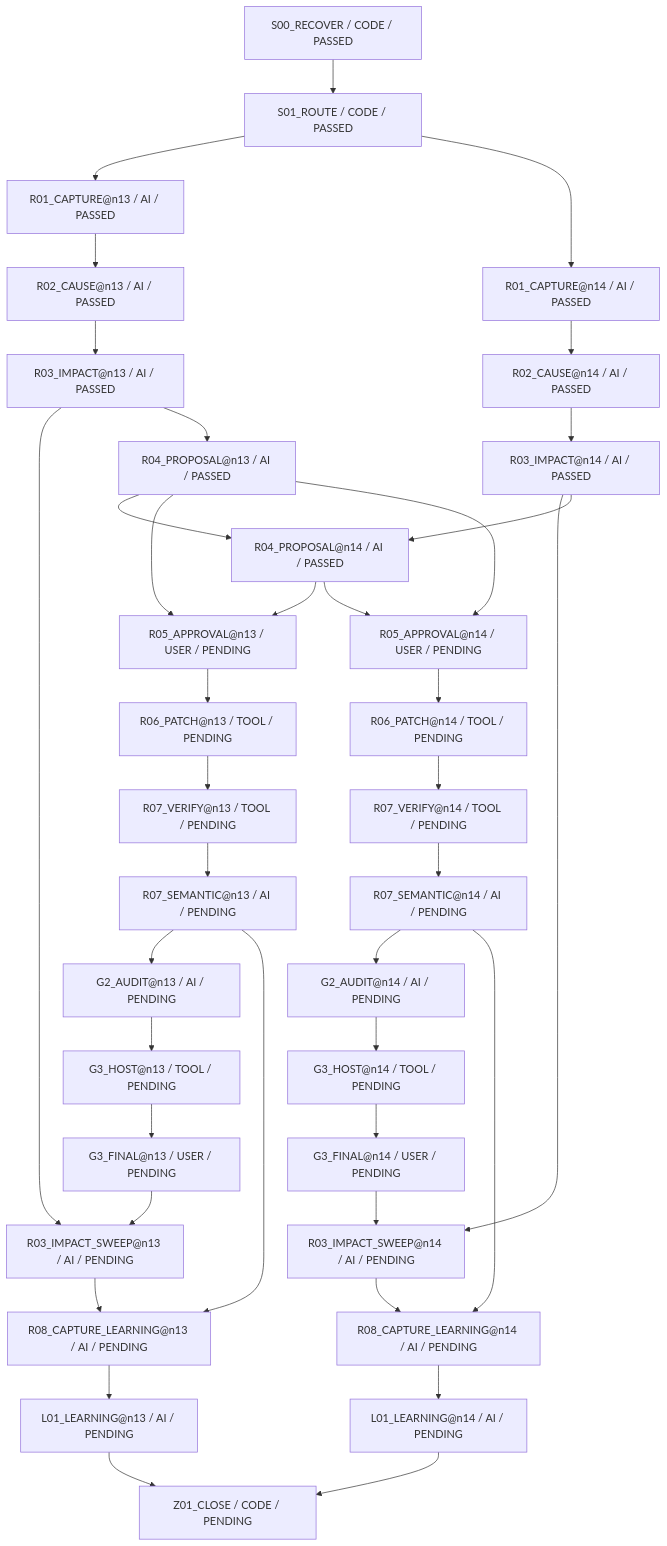
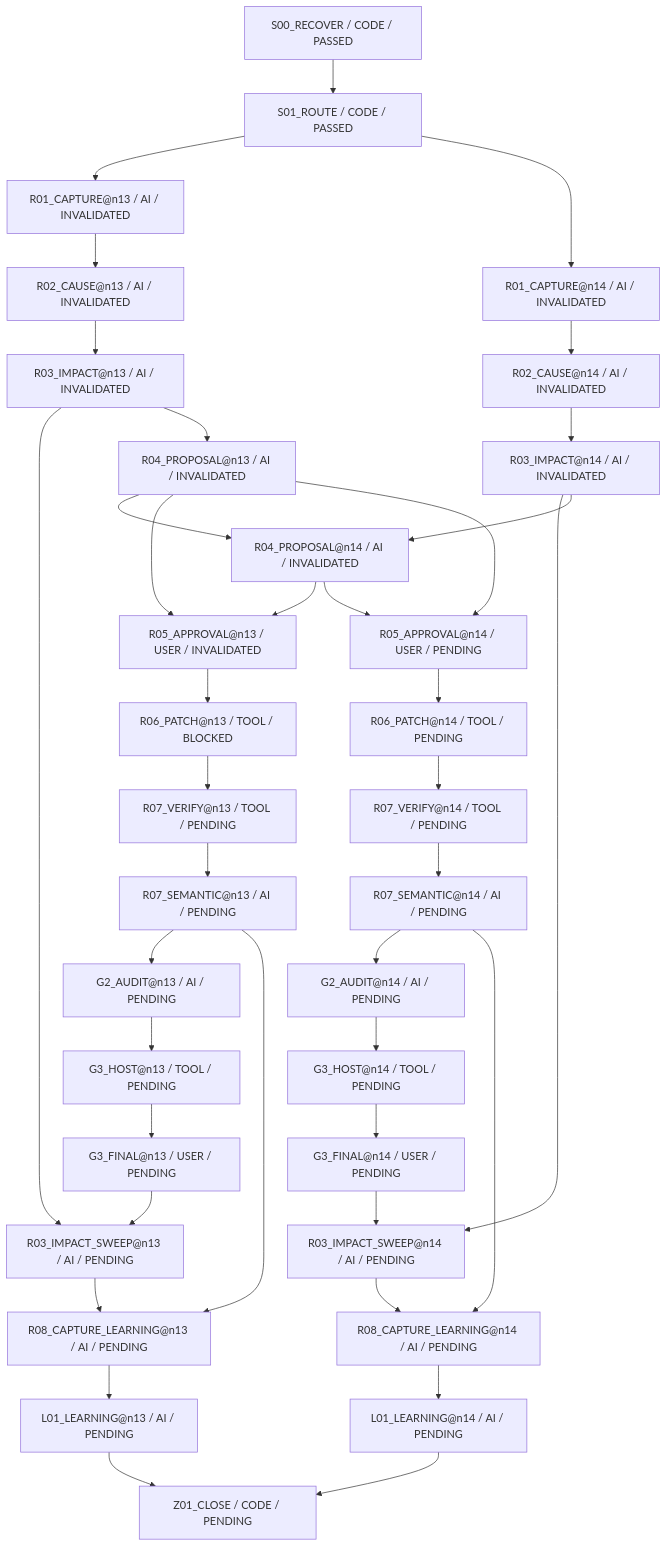
Before and after one commit to rrikunagasige-dot/kyotsu-step-web: the diagram in work/items/W-MATH-048-n1314-source-audit/generated/BLOCK_FIRE_DIAGRAM.md, drawn with Mermaid. The commit also changed other lines of this file and 32 other files, not shown here.

Commit message:
Recover W048 approved patch evidence and prepare bounded CI proposal without activating workflow

````diff
--- a/work/items/W-MATH-048-n1314-source-audit/generated/BLOCK_FIRE_DIAGRAM.md
+++ b/work/items/W-MATH-048-n1314-source-audit/generated/BLOCK_FIRE_DIAGRAM.md
@@ -5,72 +5,72 @@
 ```mermaid
 flowchart TD
   N0["S00_RECOVER / CODE / PASSED"]
   N1["S01_ROUTE / CODE / PASSED"]
-  N2["R01_CAPTURE@n13 / AI / PASSED"]
-  N3["R02_CAUSE@n13 / AI / PASSED"]
-  N4["R03_IMPACT@n13 / AI / PASSED"]
-  N5["R04_PROPOSAL@n13 / AI / PASSED"]
-  N6["R05_APPROVAL@n13 / USER / PENDING"]
-  N7["R06_PATCH@n13 / TOOL / PENDING"]
+  N2["R01_CAPTURE@n13 / AI / INVALIDATED"]
+  N3["R02_CAUSE@n13 / AI / INVALIDATED"]
+  N4["R03_IMPACT@n13 / AI / INVALIDATED"]
+  N5["R04_PROPOSAL@n13 / AI / INVALIDATED"]
+  N6["R05_APPROVAL@n13 / USER / INVALIDATED"]
+  N7["R06_PATCH@n13 / TOOL / BLOCKED"]
   N8["R07_VERIFY@n13 / TOOL / PENDING"]
   N9["R07_SEMANTIC@n13 / AI / PENDING"]
-  N10["R01_CAPTURE@n14 / AI / PASSED"]
-  N11["R02_CAUSE@n14 / AI / PASSED"]
-  N12["R03_IMPACT@n14 / AI / PASSED"]
-  N13["R04_PROPOSAL@n14 / AI / PASSED"]
+  N10["R01_CAPTURE@n14 / AI / INVALIDATED"]
+  N11["R02_CAUSE@n14 / AI / INVALIDATED"]
+  N12["R03_IMPACT@n14 / AI / INVALIDATED"]
+  N13["R04_PROPOSAL@n14 / AI / INVALIDATED"]
   N14["R05_APPROVAL@n14 / USER / PENDING"]
   N15["R06_PATCH@n14 / TOOL / PENDING"]
   N16["R07_VERIFY@n14 / TOOL / PENDING"]
   N17["R07_SEMANTIC@n14 / AI / PENDING"]
   N18["G2_AUDIT@n13 / AI / PENDING"]
   N19["G3_HOST@n13 / TOOL / PENDING"]
   N20["G3_FINAL@n13 / USER / PENDING"]
   N21["R03_IMPACT_SWEEP@n13 / AI / PENDING"]
   N22["R08_CAPTURE_LEARNING@n13 / AI / PENDING"]
   N23["L01_LEARNING@n13 / AI / PENDING"]
   N24["G2_AUDIT@n14 / AI / PENDING"]
   N25["G3_HOST@n14 / TOOL / PENDING"]
   N26["G3_FINAL@n14 / USER / PENDING"]
   N27["R03_IMPACT_SWEEP@n14 / AI / PENDING"]
   N28["R08_CAPTURE_LEARNING@n14 / AI / PENDING"]
   N29["L01_LEARNING@n14 / AI / PENDING"]
   N30["Z01_CLOSE / CODE / PENDING"]
   N18 --> N19
   N24 --> N25
   N20 --> N21
   N26 --> N27
   N19 --> N20
   N25 --> N26
   N23 --> N30
   N29 --> N30
   N2 --> N3
   N10 --> N11
   N3 --> N4
   N11 --> N12
   N4 --> N21
   N4 --> N5
   N12 --> N27
   N12 --> N13
   N21 --> N22
   N27 --> N28
   N5 --> N13
   N5 --> N6
   N5 --> N14
   N13 --> N6
   N13 --> N14
   N6 --> N7
   N14 --> N15
   N7 --> N8
   N15 --> N16
   N9 --> N18
   N9 --> N22
   N17 --> N24
   N17 --> N28
   N8 --> N9
   N16 --> N17
   N22 --> N23
   N28 --> N29
   N0 --> N1
   N1 --> N2
   N1 --> N10
 ```
````
